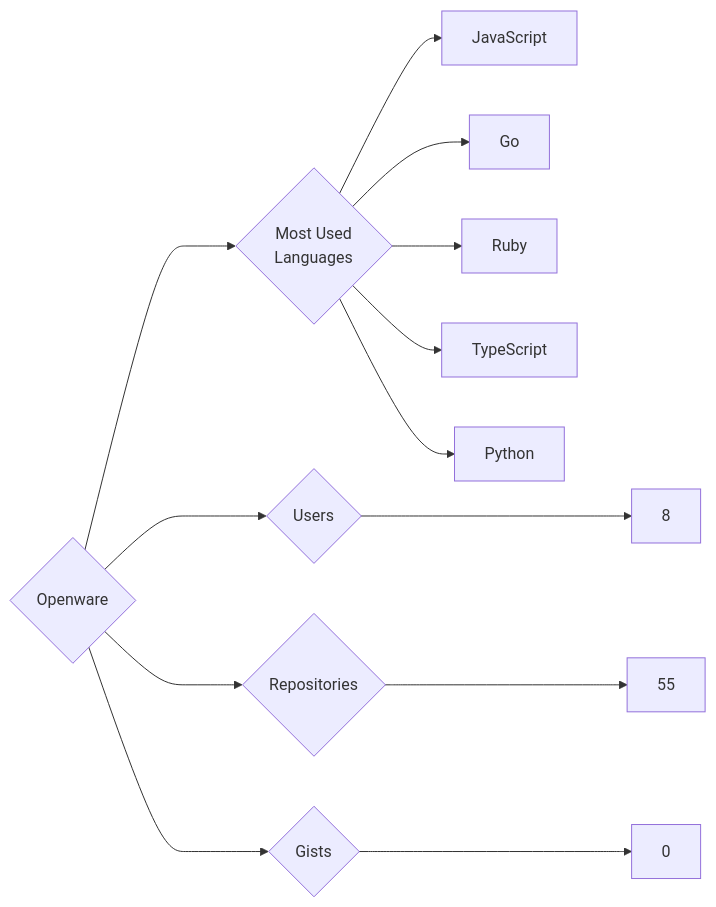
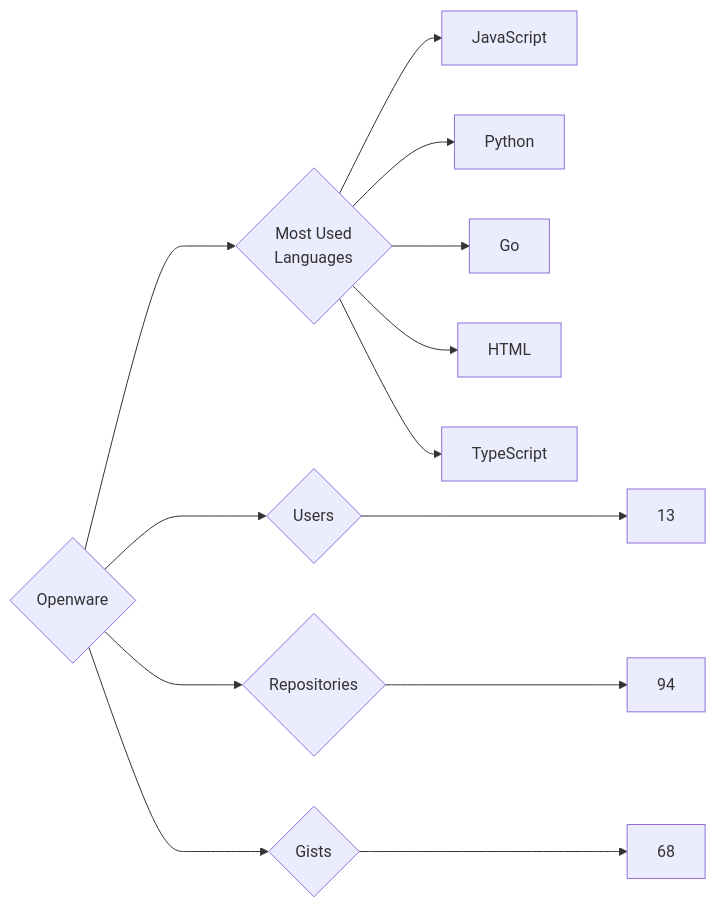
The diagram in targets/Openware/README.md (trickest/insiders), drawn with Mermaid before and after one commit. The commit also changed 1389 other files, not shown here.

````diff
--- a/targets/Openware/README.md
+++ b/targets/Openware/README.md
@@ -3,13 +3,13 @@
 ```mermaid
 graph LR
 COMPANY_NAME{Openware}
-COMPANY_NAME ---> U{Users} ---> UN[8]
-COMPANY_NAME ---> R{Repositories} ---> RN[55]
-COMPANY_NAME ---> G{Gists} ---> GN[0]
+COMPANY_NAME ---> U{Users} ---> UN[13]
+COMPANY_NAME ---> R{Repositories} ---> RN[94]
+COMPANY_NAME ---> G{Gists} ---> GN[68]
 COMPANY_NAME ---> ML{Most Used<br>Languages}
 ML --> JavaScript[JavaScript]
+ML --> Python[Python]
 ML --> Go[Go]
-ML --> Ruby[Ruby]
+ML --> HTML[HTML]
 ML --> TypeScript[TypeScript]
-ML --> Python[Python]
 ```
````
